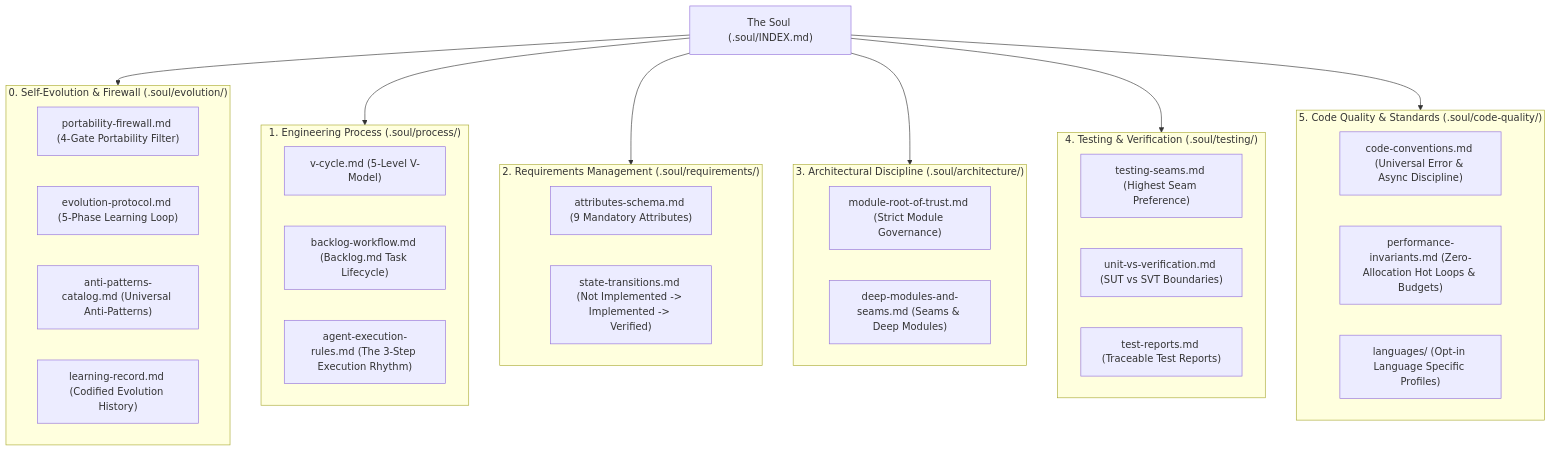
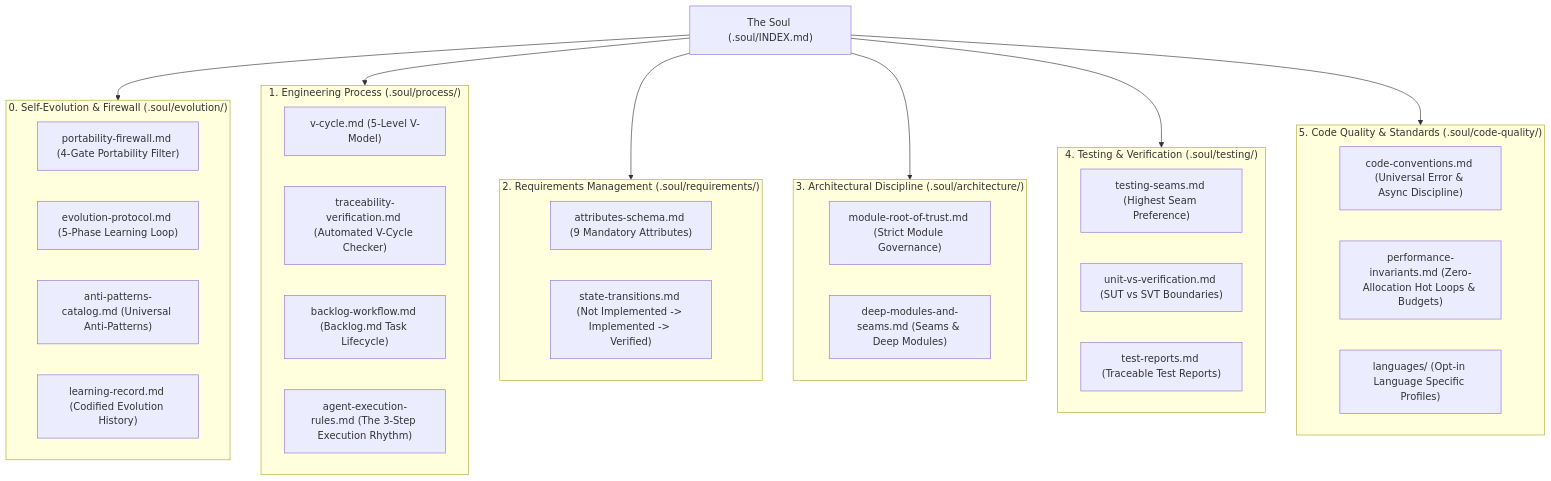
One commit to mr0bit/agmux changed the diagram in .soul/INDEX.md. Above: the diagram before and after it, drawn with Mermaid. The commit also changed other lines of this file and 5 other files, not shown here.

Commit message:
feat: add portable V-Cycle traceability checker script and matrix generator

````diff
--- a/.soul/INDEX.md
+++ b/.soul/INDEX.md
@@ -7,46 +7,47 @@
 ```mermaid
 flowchart TD
     Soul["The Soul (.soul/INDEX.md)"]
     
     subgraph Evolution["0. Self-Evolution & Firewall (.soul/evolution/)"]
         Firewall["portability-firewall.md (4-Gate Portability Filter)"]
         Protocol["evolution-protocol.md (5-Phase Learning Loop)"]
         AntiPatterns["anti-patterns-catalog.md (Universal Anti-Patterns)"]
         Ledger["learning-record.md (Codified Evolution History)"]
     end
 
     subgraph Process["1. Engineering Process (.soul/process/)"]
         VCycle["v-cycle.md (5-Level V-Model)"]
+        TraceCheck["traceability-verification.md (Automated V-Cycle Checker)"]
         Backlog["backlog-workflow.md (Backlog.md Task Lifecycle)"]
         ExecRules["agent-execution-rules.md (The 3-Step Execution Rhythm)"]
     end
     
     subgraph Requirements["2. Requirements Management (.soul/requirements/)"]
         AttrSchema["attributes-schema.md (9 Mandatory Attributes)"]
         StateTrans["state-transitions.md (Not Implemented -> Implemented -> Verified)"]
     end
     
     subgraph Architecture["3. Architectural Discipline (.soul/architecture/)"]
         ModuleTrust["module-root-of-trust.md (Strict Module Governance)"]
         DeepSeams["deep-modules-and-seams.md (Seams & Deep Modules)"]
     end
     
     subgraph Testing["4. Testing & Verification (.soul/testing/)"]
         Seams["testing-seams.md (Highest Seam Preference)"]
         UnitVsVerif["unit-vs-verification.md (SUT vs SVT Boundaries)"]
         TestReports["test-reports.md (Traceable Test Reports)"]
     end
     
     subgraph CodeQuality["5. Code Quality & Standards (.soul/code-quality/)"]
         Conventions["code-conventions.md (Universal Error & Async Discipline)"]
         PerfInvariants["performance-invariants.md (Zero-Allocation Hot Loops & Budgets)"]
         LangProfiles["languages/ (Opt-in Language Specific Profiles)"]
     end
 
     Soul --> Evolution
     Soul --> Process
     Soul --> Requirements
     Soul --> Architecture
     Soul --> Testing
     Soul --> CodeQuality
 ```
````
